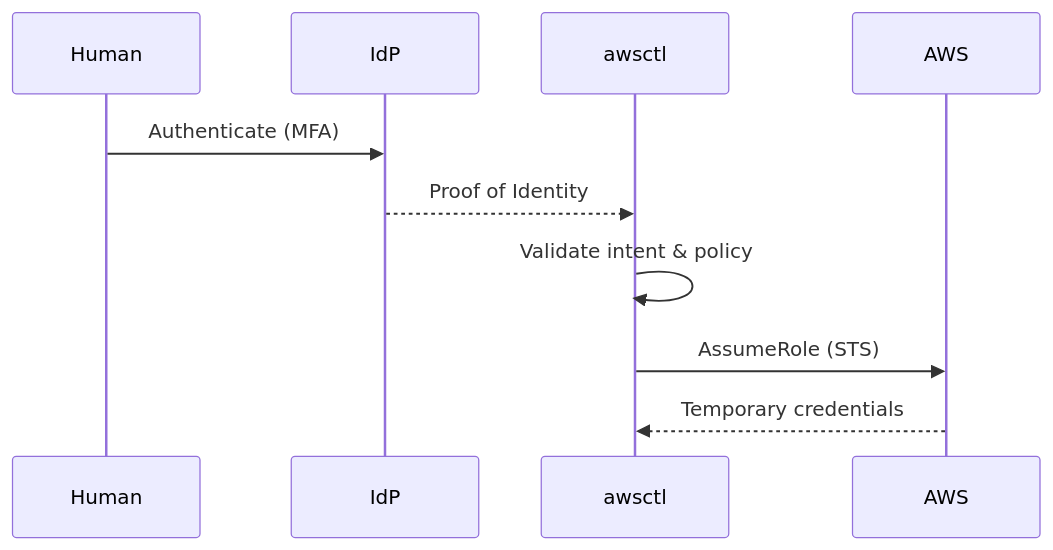
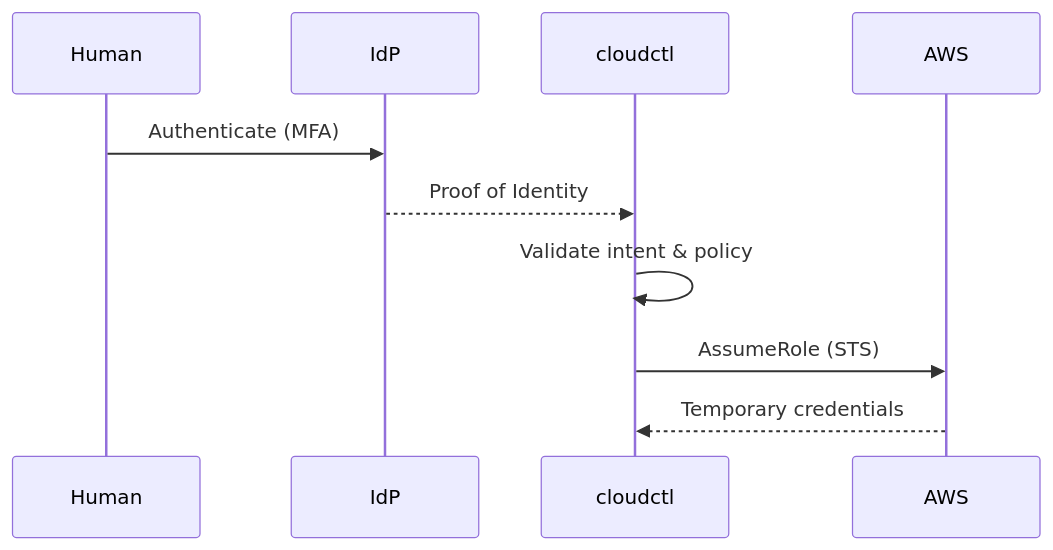
One commit to hoad-org/cloudctl changed the first of 2 diagrams in docs/wiki/identity-broker-pattern.md. Above: the diagram before and after it, drawn with Mermaid. The commit also changed other lines of this file and 198 other files, not shown here.

````diff
--- a/docs/wiki/identity-broker-pattern.md
+++ b/docs/wiki/identity-broker-pattern.md
@@ -53,13 +53,13 @@
 ```mermaid
 sequenceDiagram
     participant Human
     participant IdP
-    participant awsctl
+    participant cloudctl
     participant AWS
 
     Human->>IdP: Authenticate (MFA)
-    IdP-->>awsctl: Proof of Identity
-    awsctl->>awsctl: Validate intent & policy
-    awsctl->>AWS: AssumeRole (STS)
-    AWS-->>awsctl: Temporary credentials
+    IdP-->>cloudctl: Proof of Identity
+    cloudctl->>cloudctl: Validate intent & policy
+    cloudctl->>AWS: AssumeRole (STS)
+    AWS-->>cloudctl: Temporary credentials
 ```
````
